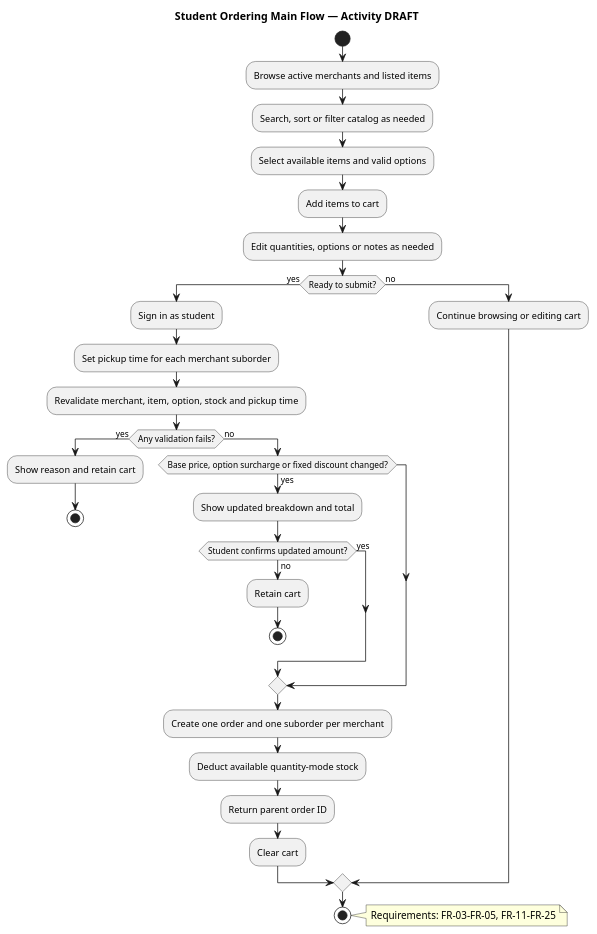
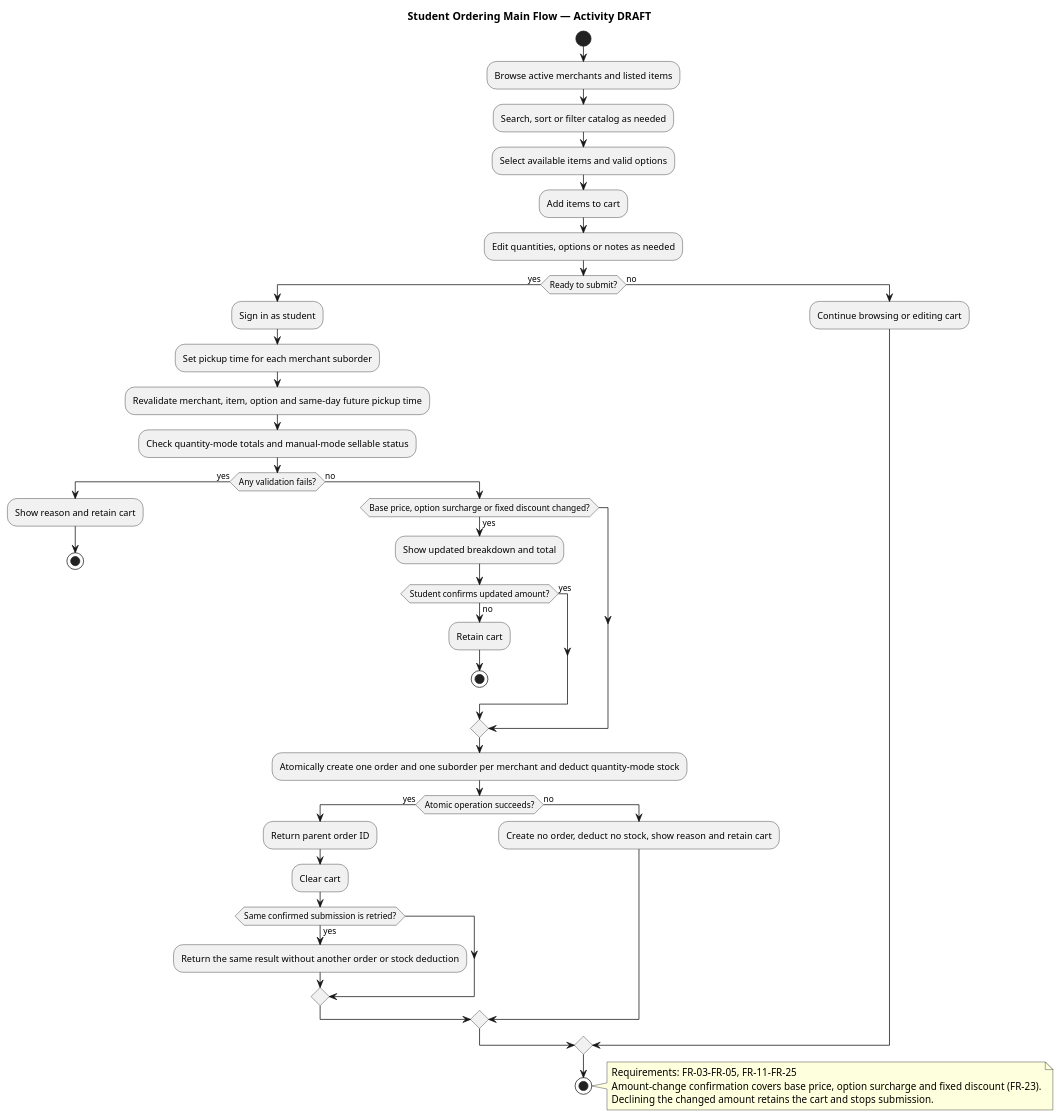
One commit to actcfx/CampusFoodOrderingSystem changed the diagram in specs/001-campus-ordering/uml/activity-order.puml. Above: the diagram before and after it, drawn with PlantUML. The commit also changed 9 other files, not shown here.

Commit message:
Docs: Revise UML per G4 decisions and CR-002

```diff
--- a/specs/001-campus-ordering/uml/activity-order.puml
+++ b/specs/001-campus-ordering/uml/activity-order.puml
@@ -1,38 +1,47 @@
 @startuml
 title Student Ordering Main Flow — Activity DRAFT
 start
 :Browse active merchants and listed items;
 :Search, sort or filter catalog as needed;
 :Select available items and valid options;
 :Add items to cart;
 :Edit quantities, options or notes as needed;
 if (Ready to submit?) then (yes)
   :Sign in as student;
   :Set pickup time for each merchant suborder;
-  :Revalidate merchant, item, option, stock and pickup time;
+  :Revalidate merchant, item, option and same-day future pickup time;
+  :Check quantity-mode totals and manual-mode sellable status;
   if (Any validation fails?) then (yes)
     :Show reason and retain cart;
     stop
   else (no)
     if (Base price, option surcharge or fixed discount changed?) then (yes)
       :Show updated breakdown and total;
       if (Student confirms updated amount?) then (yes)
       else (no)
         :Retain cart;
         stop
       endif
     endif
-    :Create one order and one suborder per merchant;
-    :Deduct available quantity-mode stock;
-    :Return parent order ID;
-    :Clear cart;
+    :Atomically create one order and one suborder per merchant and deduct quantity-mode stock;
+    if (Atomic operation succeeds?) then (yes)
+      :Return parent order ID;
+      :Clear cart;
+      if (Same confirmed submission is retried?) then (yes)
+        :Return the same result without another order or stock deduction;
+      endif
+    else (no)
+      :Create no order, deduct no stock, show reason and retain cart;
+    endif
   endif
 else (no)
   :Continue browsing or editing cart;
 endif
 stop
 
 note right
   Requirements: FR-03–FR-05, FR-11–FR-25
+  Amount-change confirmation covers base price, option surcharge and fixed discount (FR-23).
+  Declining the changed amount retains the cart and stops submission.
 end note
 @enduml
```
